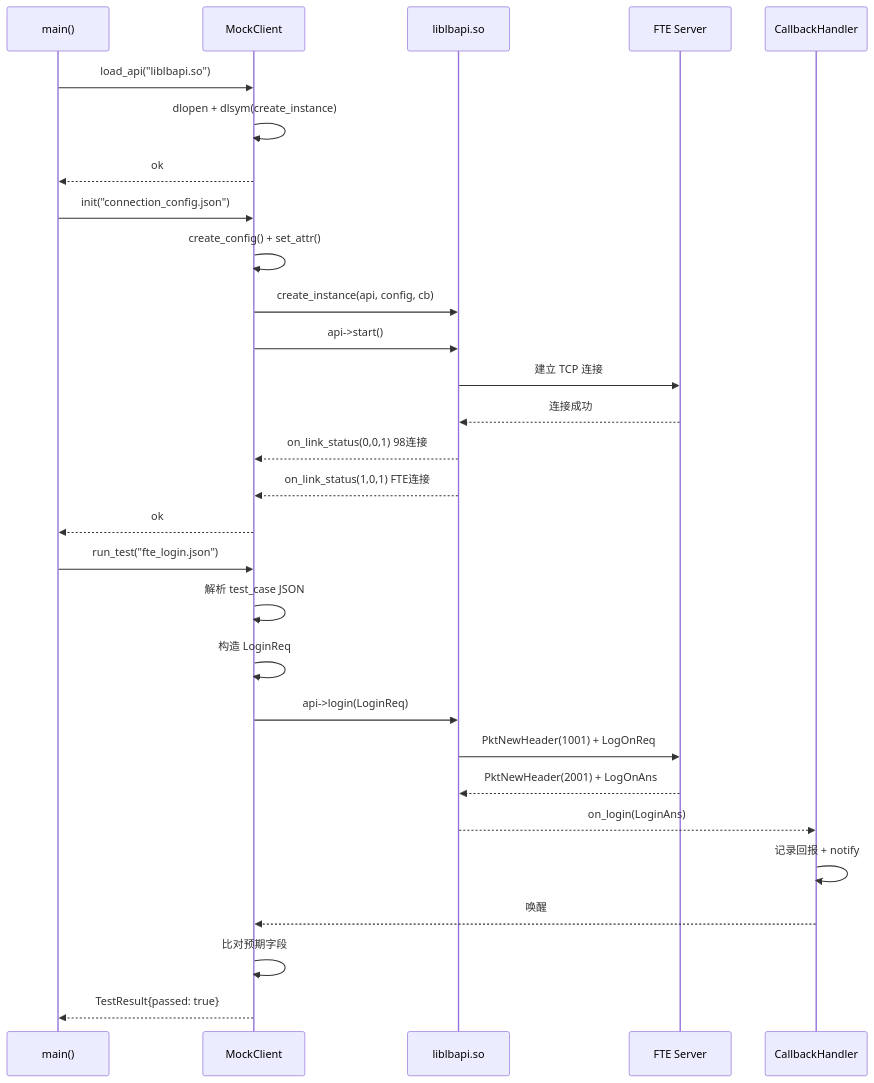
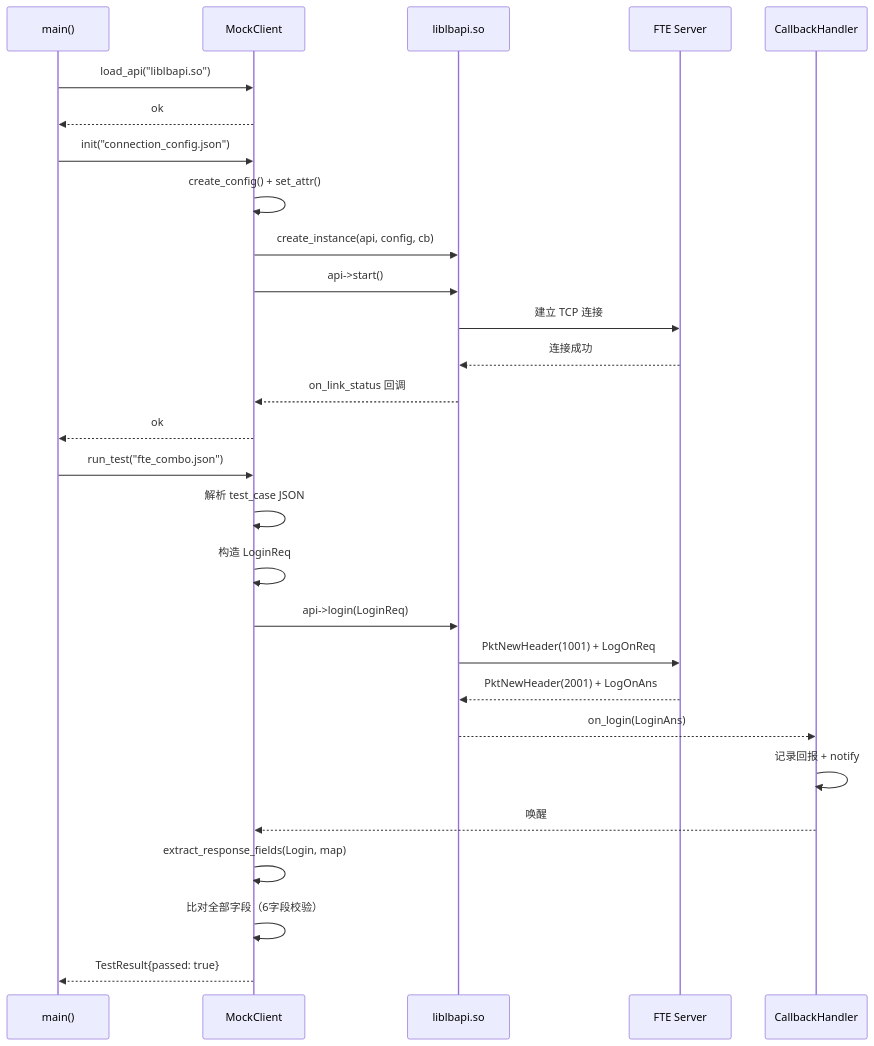
Before and after one commit to lishengze/server_9: the second of 5 diagrams in trunk/NewAPI/gone/api/mock/client/mock_client_design.md, drawn with Mermaid. The commit also changed other lines of this file and 8 other files, not shown here.

````diff
--- a/trunk/NewAPI/gone/api/mock/client/mock_client_design.md
+++ b/trunk/NewAPI/gone/api/mock/client/mock_client_design.md
@@ -528,34 +615,33 @@
 ```mermaid
 sequenceDiagram
     participant Main as main()
     participant MC as MockClient
     participant API as liblbapi.so
     participant FTE as FTE Server
     participant CB as CallbackHandler
 
     Main->>MC: load_api("liblbapi.so")
-    MC->>MC: dlopen + dlsym(create_instance)
     MC-->>Main: ok
-    
+
     Main->>MC: init("connection_config.json")
     MC->>MC: create_config() + set_attr()
     MC->>API: create_instance(api, config, cb)
     MC->>API: api->start()
     API->>FTE: 建立 TCP 连接
     FTE-->>API: 连接成功
-    API-->>MC: on_link_status(0,0,1) 98连接
-    API-->>MC: on_link_status(1,0,1) FTE连接
+    API-->>MC: on_link_status 回调
     MC-->>Main: ok
-    
-    Main->>MC: run_test("fte_login.json")
+
+    Main->>MC: run_test("fte_combo.json")
     MC->>MC: 解析 test_case JSON
     MC->>MC: 构造 LoginReq
     MC->>API: api->login(LoginReq)
     API->>FTE: PktNewHeader(1001) + LogOnReq
     FTE-->>API: PktNewHeader(2001) + LogOnAns
     API-->>CB: on_login(LoginAns)
     CB->>CB: 记录回报 + notify
     CB-->>MC: 唤醒
-    MC->>MC: 比对预期字段
+    MC->>MC: extract_response_fields(Login, map)
+    MC->>MC: 比对全部字段（6字段校验）
     MC-->>Main: TestResult{passed: true}
 ```
````
